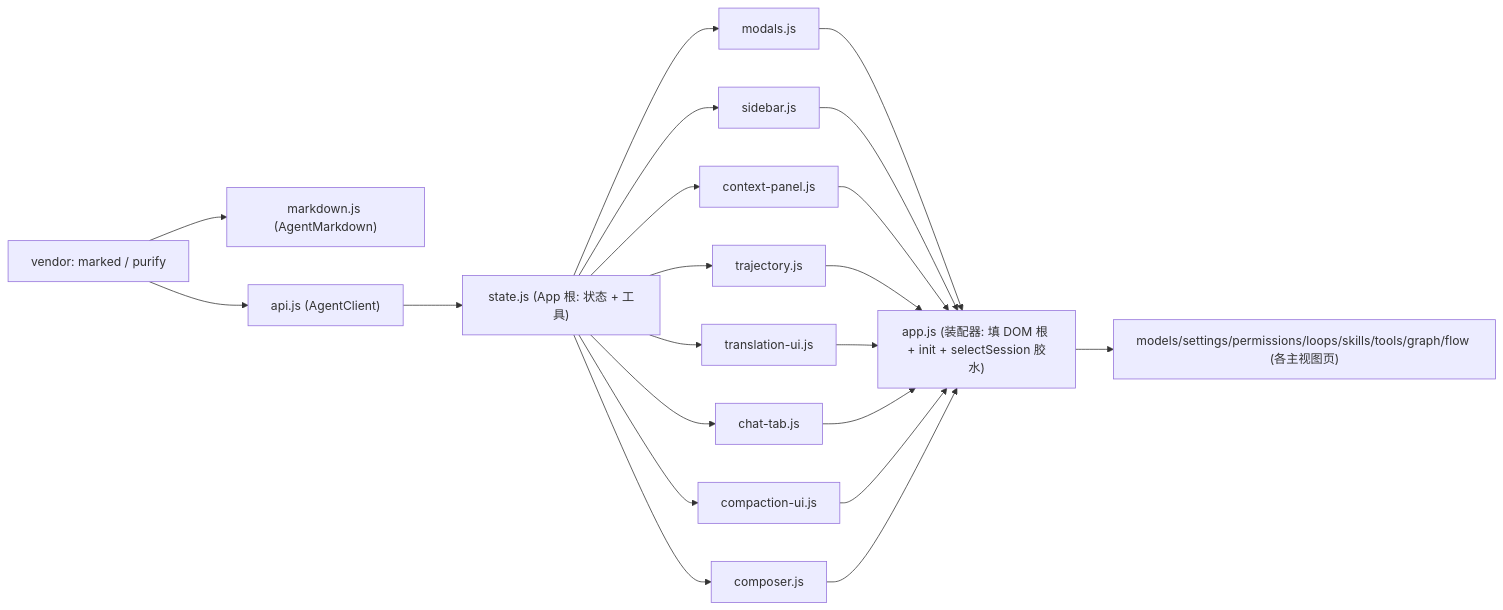
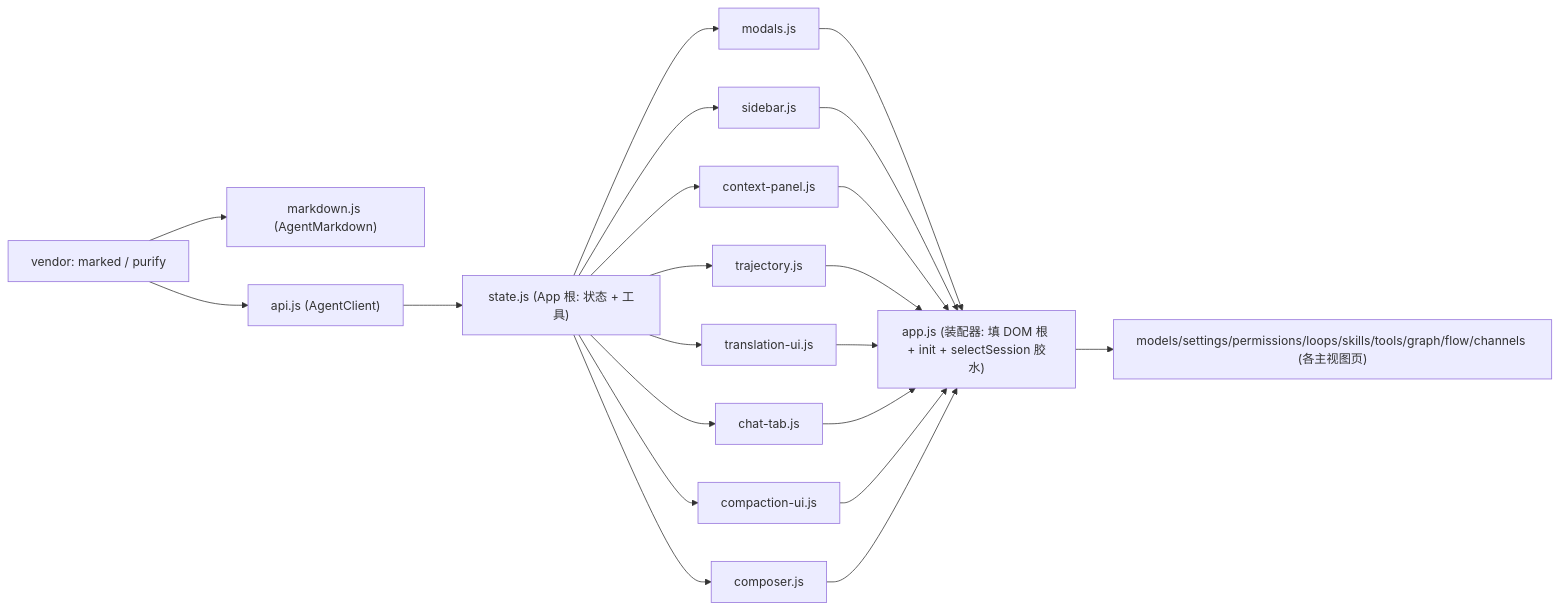
One commit to wingdever/agent changed the first of 2 diagrams in docs/ui/ui.md. Above: the diagram before and after it, drawn with Mermaid. The commit also changed other lines of this file and 23 other files, not shown here.

````diff
--- a/docs/ui/ui.md
+++ b/docs/ui/ui.md
@@ -977,23 +1025,23 @@
 ```mermaid
 graph LR
     V["vendor: marked / purify"] --> MD["markdown.js (AgentMarkdown)"]
     V --> API["api.js (AgentClient)"]
     API --> ST["state.js (App 根: 状态 + 工具)"]
     ST --> M["modals.js"]
     ST --> SB["sidebar.js"]
     ST --> CP["context-panel.js"]
     ST --> TR["trajectory.js"]
     ST --> TU["translation-ui.js"]
     ST --> CT["chat-tab.js"]
     ST --> CU["compaction-ui.js"]
     ST --> CO["composer.js"]
     M --> APP["app.js (装配器: 填 DOM 根 + init + selectSession 胶水)"]
     SB --> APP
     CP --> APP
     TR --> APP
     TU --> APP
     CT --> APP
     CU --> APP
     CO --> APP
-    APP --> MD2["models/settings/permissions/loops/skills/tools/graph/flow (各主视图页)"]
+    APP --> MD2["models/settings/permissions/loops/skills/tools/graph/flow/channels (各主视图页)"]
 ```
````
